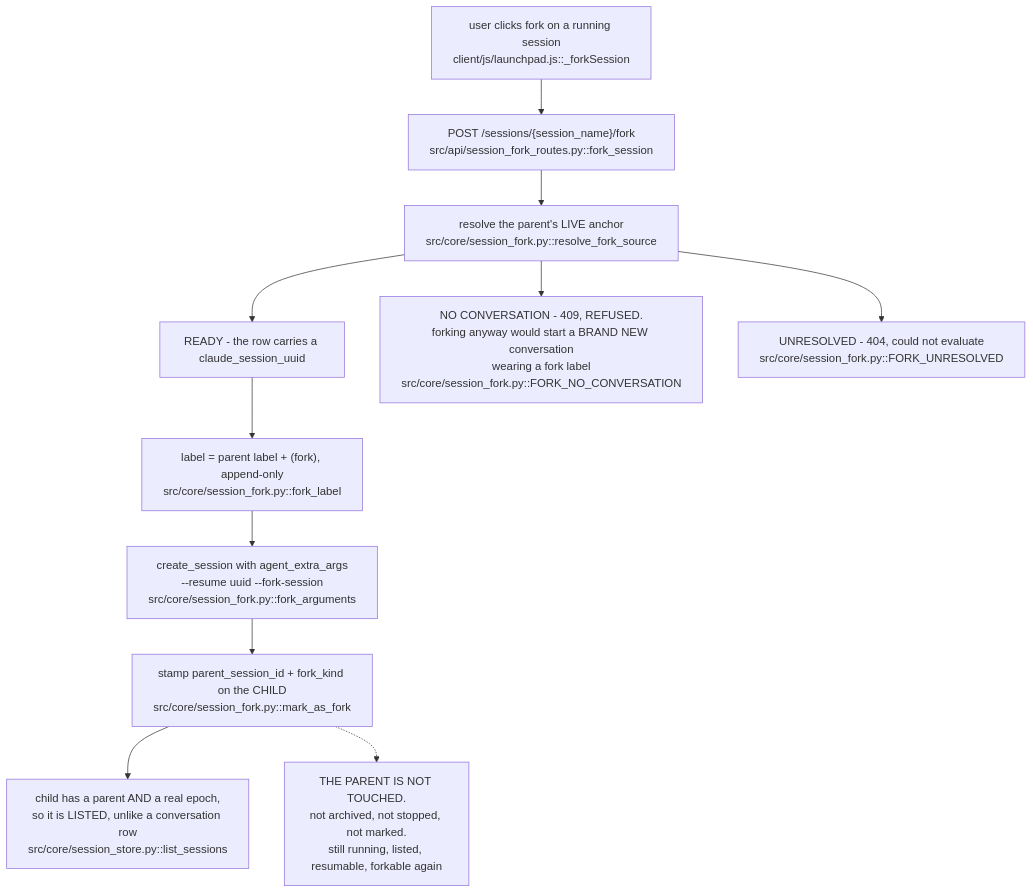
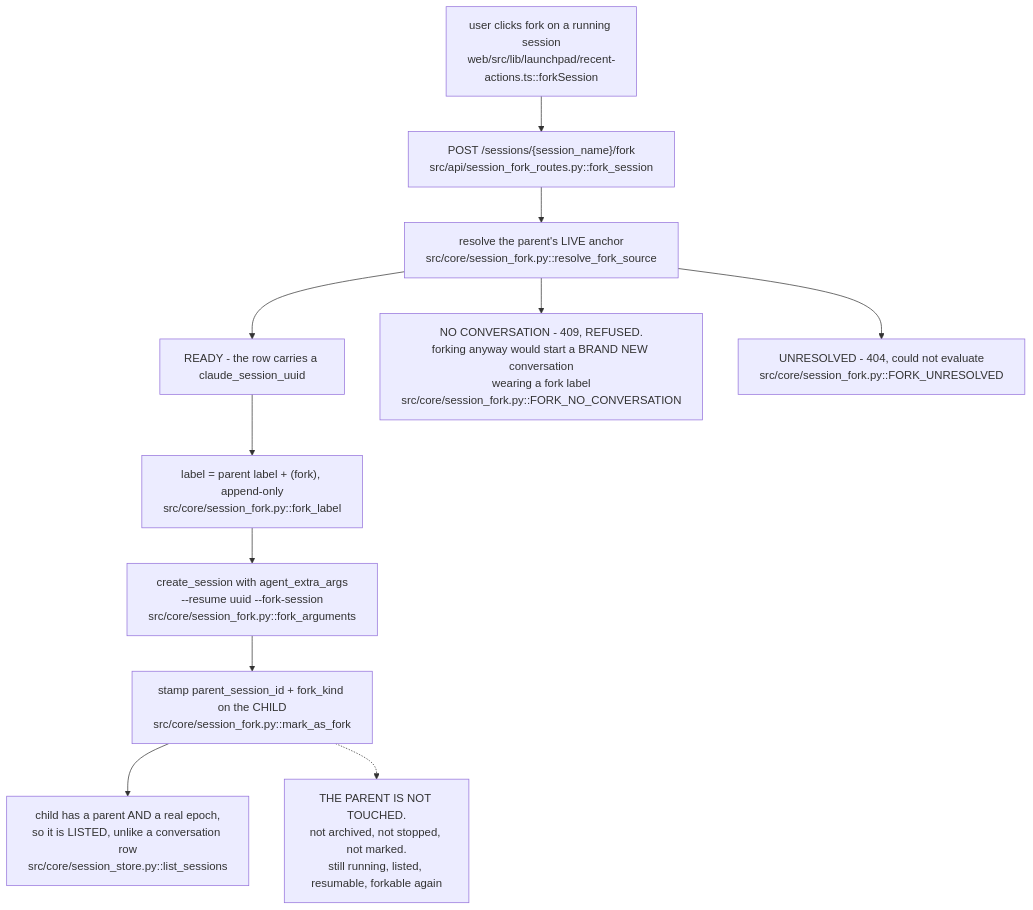
The seventh of 9 diagrams in docs/session-project-operations.md (ccsliinc/CloudeCode), drawn with Mermaid before and after one commit. The commit also changed other lines of this file and 4 other files, not shown here.

````diff
--- a/docs/session-project-operations.md
+++ b/docs/session-project-operations.md
@@ -299,18 +300,18 @@
 ```mermaid
 graph TD
-    U["user clicks fork on a running session<br/>client/js/launchpad.js::_forkSession"]
+    U["user clicks fork on a running session<br/>web/src/lib/launchpad/recent-actions.ts::forkSession"]
     U --> R["POST /sessions/{session_name}/fork<br/>src/api/session_fork_routes.py::fork_session"]
     R --> S["resolve the parent's LIVE anchor<br/>src/core/session_fork.py::resolve_fork_source"]
 
     S --> OK["READY - the row carries a claude_session_uuid"]
     S --> NC["NO CONVERSATION - 409, REFUSED.<br/>forking anyway would start a BRAND NEW conversation<br/>wearing a fork label<br/>src/core/session_fork.py::FORK_NO_CONVERSATION"]
     S --> UN["UNRESOLVED - 404, could not evaluate<br/>src/core/session_fork.py::FORK_UNRESOLVED"]
 
     OK --> L["label = parent label + (fork), append-only<br/>src/core/session_fork.py::fork_label"]
     L --> C["create_session with agent_extra_args<br/>--resume uuid --fork-session<br/>src/core/session_fork.py::fork_arguments"]
     C --> M["stamp parent_session_id + fork_kind on the CHILD<br/>src/core/session_fork.py::mark_as_fork"]
     M --> V["child has a parent AND a real epoch,<br/>so it is LISTED, unlike a conversation row<br/>src/core/session_store.py::list_sessions"]
 
     P["THE PARENT IS NOT TOUCHED.<br/>not archived, not stopped, not marked.<br/>still running, listed, resumable, forkable again"]
     M -.-> P
 ```
````
